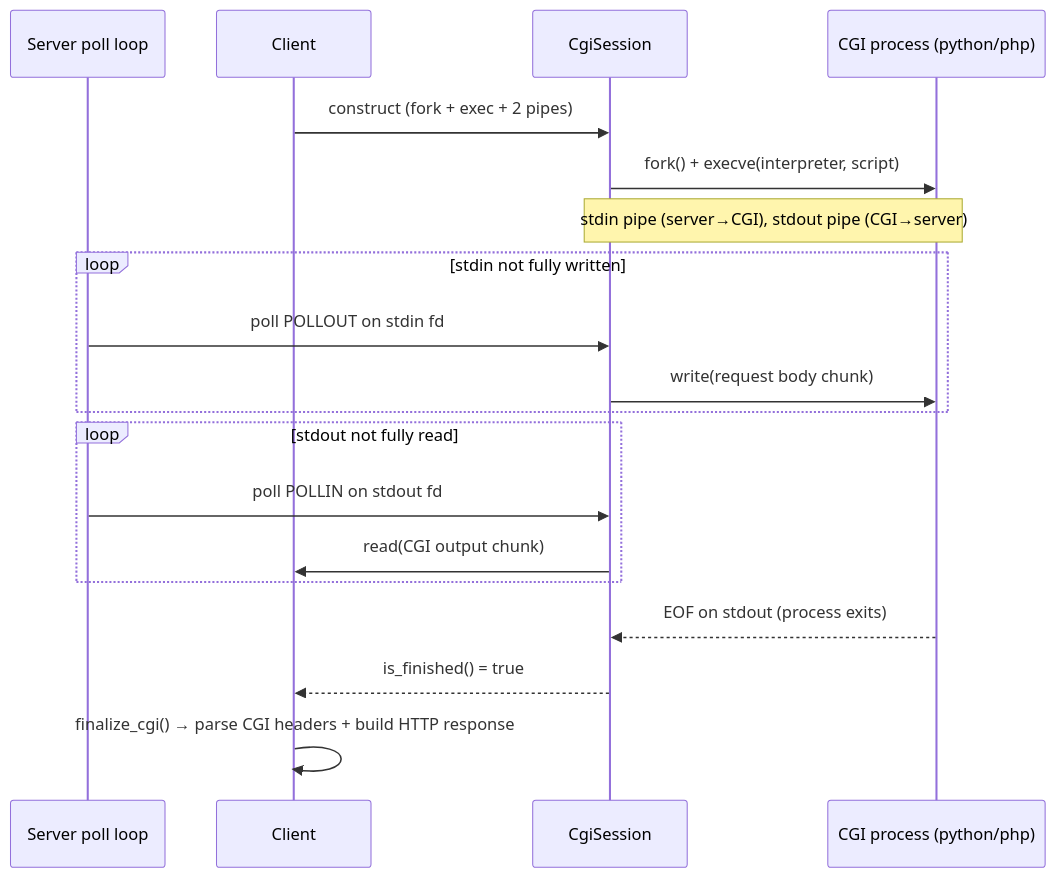
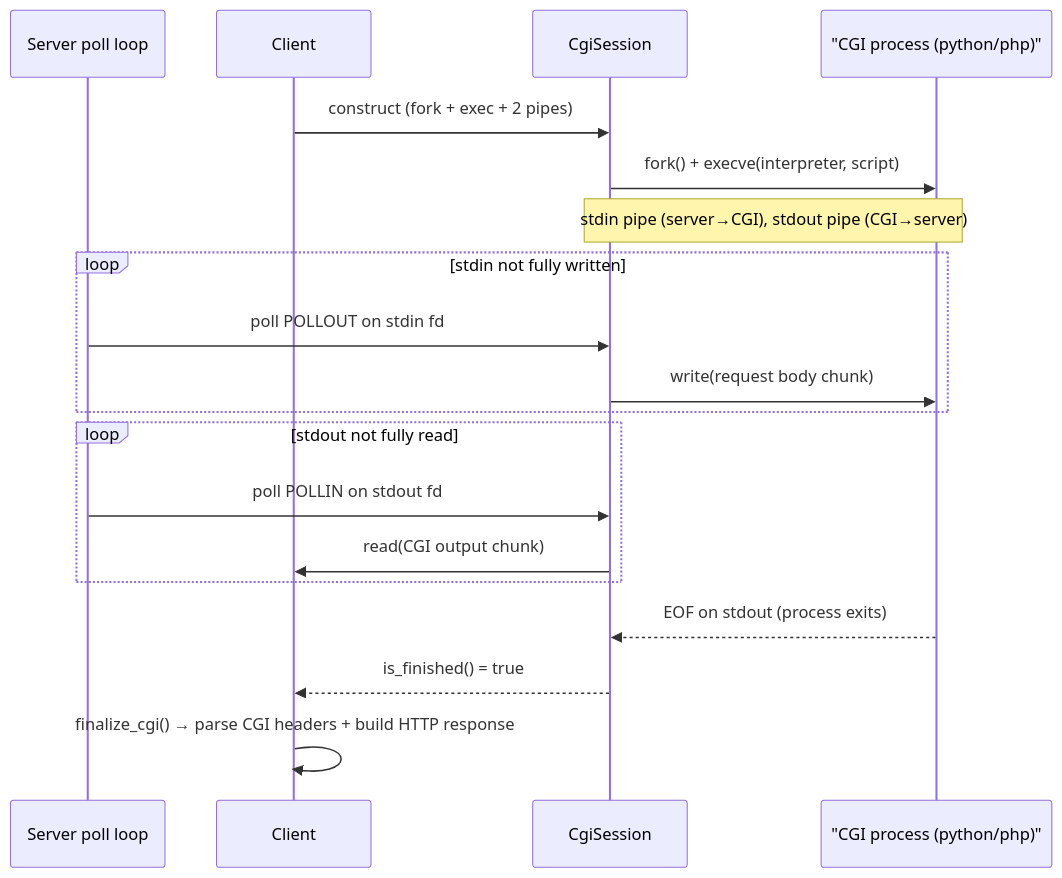
One commit to Ghazaleh-ans/webserv changed the eighth of 8 diagrams in README.md. Above: the diagram before and after it, drawn with Mermaid. The commit also changed other lines of this file, not shown here.

````diff
--- a/README.md
+++ b/README.md
@@ -377,25 +377,25 @@
 ```mermaid
 sequenceDiagram
     participant S as Server poll loop
     participant C as Client
     participant CS as CgiSession
-    participant P as CGI process (python/php)
+    participant P as "CGI process (python/php)"
 
     C->>CS: construct (fork + exec + 2 pipes)
     CS->>P: fork() + execve(interpreter, script)
     Note over CS,P: stdin pipe (server→CGI), stdout pipe (CGI→server)
 
     loop stdin not fully written
         S->>CS: poll POLLOUT on stdin fd
         CS->>P: write(request body chunk)
     end
 
     loop stdout not fully read
         S->>CS: poll POLLIN on stdout fd
         CS->>C: read(CGI output chunk)
     end
 
     P-->>CS: EOF on stdout (process exits)
     CS-->>C: is_finished() = true
     C->>C: finalize_cgi() → parse CGI headers + build HTTP response
 ```
````
